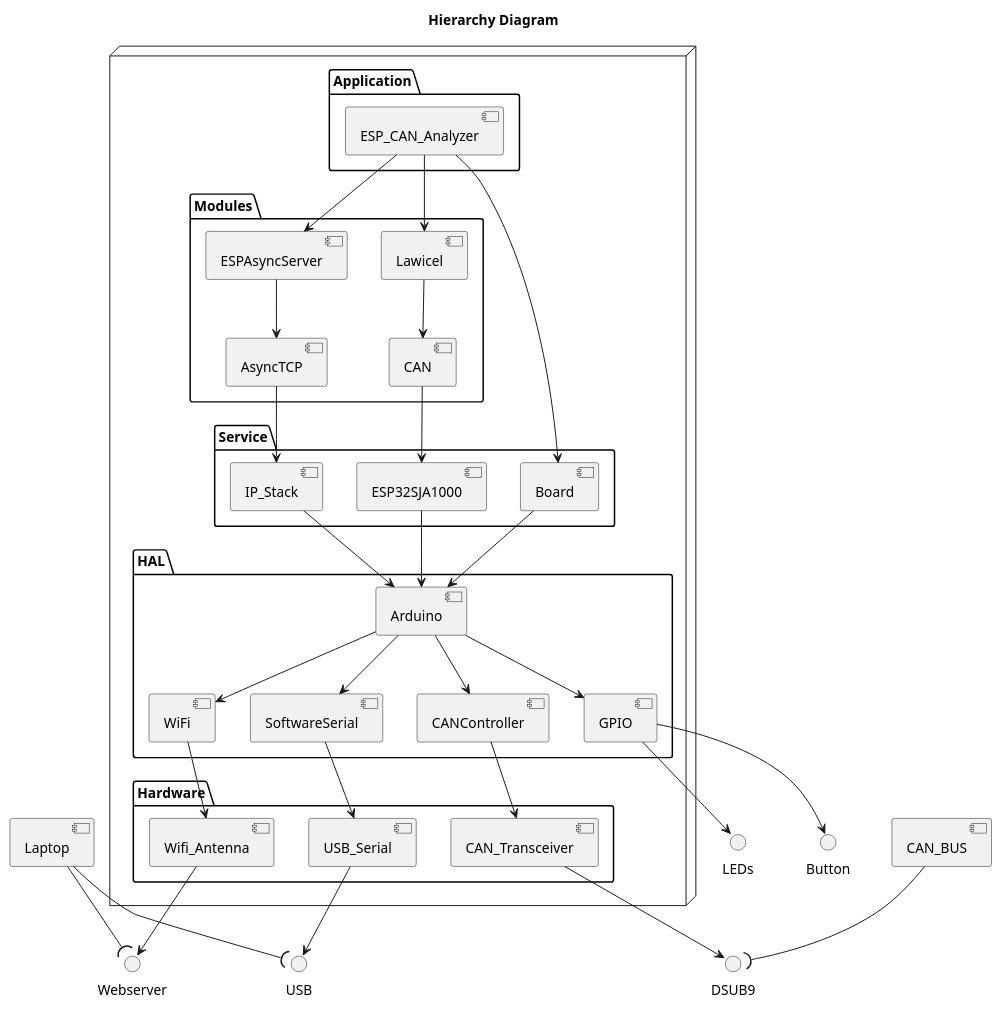
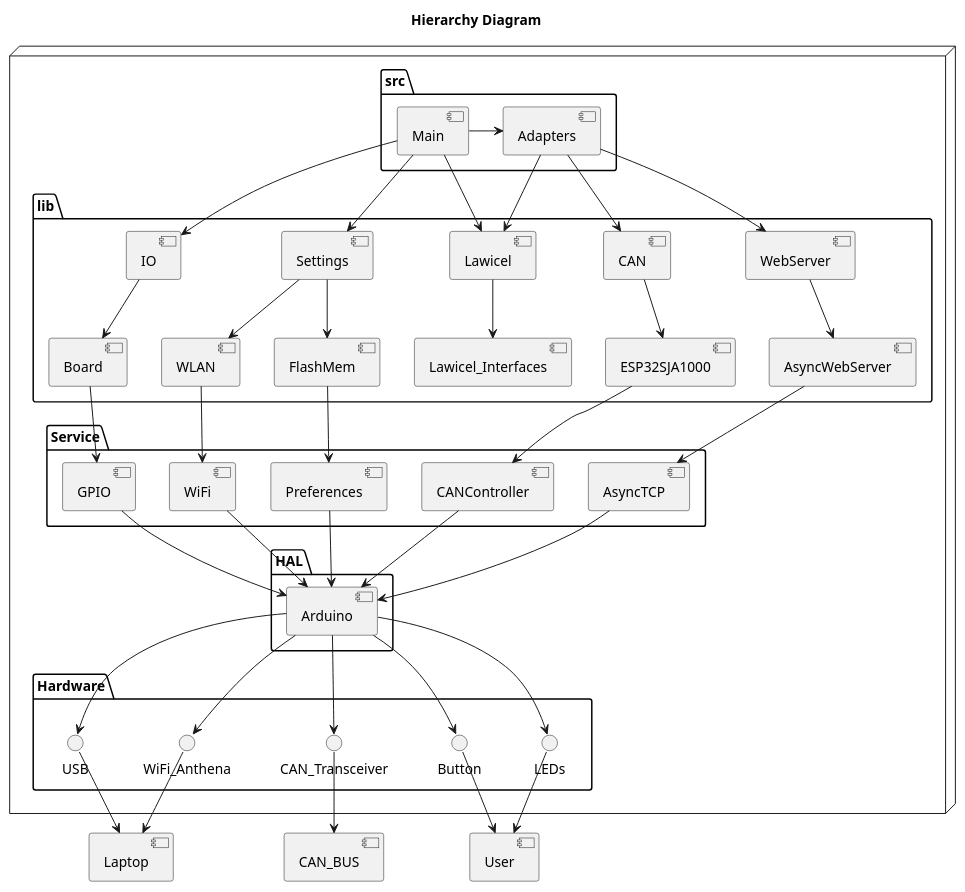
Before and after one commit to NewTec-GmbH/esp32-can-iot: the diagram in Coding/fw/doc/design/FW_Hierarchy.plantuml, drawn with PlantUML.

Commit message:
Updated FW Hierarchy Diagram

```diff
--- a/Coding/fw/doc/design/FW_Hierarchy.plantuml
+++ b/Coding/fw/doc/design/FW_Hierarchy.plantuml
@@ -1,82 +1,95 @@
 @startuml
 
 title Hierarchy Diagram
 
 node {
-    package Application{
-        component ESP_CAN_Analyzer as ESP_CAN
+    package src{
+        component Main
+        component Adapters
     }
 
-    package Modules{
-        component ESPAsyncServer
+    Main -right-> Adapters
+
+    package lib{
+        component CAN
+        component IO
         component Lawicel
-        component CAN
+        component Settings
+        component WebServer
+
+        component ESP32SJA1000
+        component Board
+        component Lawicel_Interfaces
+        component FlashMem
+        component WLAN
+        component AsyncWebServer
+    }
+
+    Main --> Lawicel
+    Main --> Settings
+    Main --> IO
+
+    Adapters --> Lawicel
+    Adapters --> CAN
+    Adapters --> WebServer
+
+    CAN --> ESP32SJA1000
+    IO --> Board
+    Lawicel --> Lawicel_Interfaces
+    Settings --> FlashMem
+    Settings --> WLAN
+    WebServer --> AsyncWebServer
+
+    package Service{
+        component CANController
+        component GPIO
+        component WiFi
+        component Preferences
         component AsyncTCP
     }
 
-    package Service{
-        component IP_Stack
-        component ESP32SJA1000
-        component Board
+    ESP32SJA1000 --> CANController
+    Board --> GPIO
+    FlashMem --> Preferences
+    WLAN --> WiFi
+    AsyncWebServer --> AsyncTCP
+
+    package HAL {
+        component Arduino
     }
+
+    CANController --> Arduino
+    GPIO --> Arduino
+    Preferences --> Arduino
+    WiFi --> Arduino
+    AsyncTCP --> Arduino
+
+    package Hardware{
+        interface WiFi_Anthena
+        interface USB
+        interface CAN_Transceiver
+        interface Button
+        interface LEDs
+    }
+
+    Arduino --> WiFi_Anthena
+    Arduino --> USB
+    Arduino --> CAN_Transceiver
+    Arduino --> Button
+    Arduino --> LEDs
+}
+
+component Laptop
+component CAN_BUS
+component User
+
+LEDs --> User
+Button --> User
+CAN_Transceiver --> CAN_BUS
+USB --> Laptop
+WiFi_Anthena --> Laptop
 
 
 
-    package HAL {
-        component Arduino
-        component SoftwareSerial
-        component WiFi
-        component GPIO
-        component CANController
-    }
-    package Hardware{
-        component USB_Serial
-        component GPIO
-        component Wifi_Antenna
-        component CAN_Transceiver
-    }
-}
-interface Webserver
-interface USB
-interface DSUB9
-interface Button
-interface LEDs
-component Laptop
-component CAN_BUS
-
-
-USB_Serial --> USB
-GPIO --> Button
-GPIO --> LEDs
-Wifi_Antenna --> Webserver
-CAN_Transceiver --> DSUB9
-Laptop --( Webserver
-Laptop --( USB
-CAN_BUS --( DSUB9
-
-
-Arduino --> SoftwareSerial
-Arduino --> WiFi
-Arduino --> GPIO
-
-SoftwareSerial --> USB_Serial
-WiFi --> Wifi_Antenna
-
-Lawicel --> CAN
-IP_Stack --> Arduino
-CANController --> CAN_Transceiver
-
-ESPAsyncServer --> AsyncTCP
-AsyncTCP --> IP_Stack
-Arduino --> CANController
-ESP32SJA1000 --> Arduino
-
-CAN --> ESP32SJA1000
-Board --> Arduino
-ESP_CAN --> Board
-
-ESP_CAN --> Lawicel
-ESP_CAN --> ESPAsyncServer
-
 
 @enduml
```
